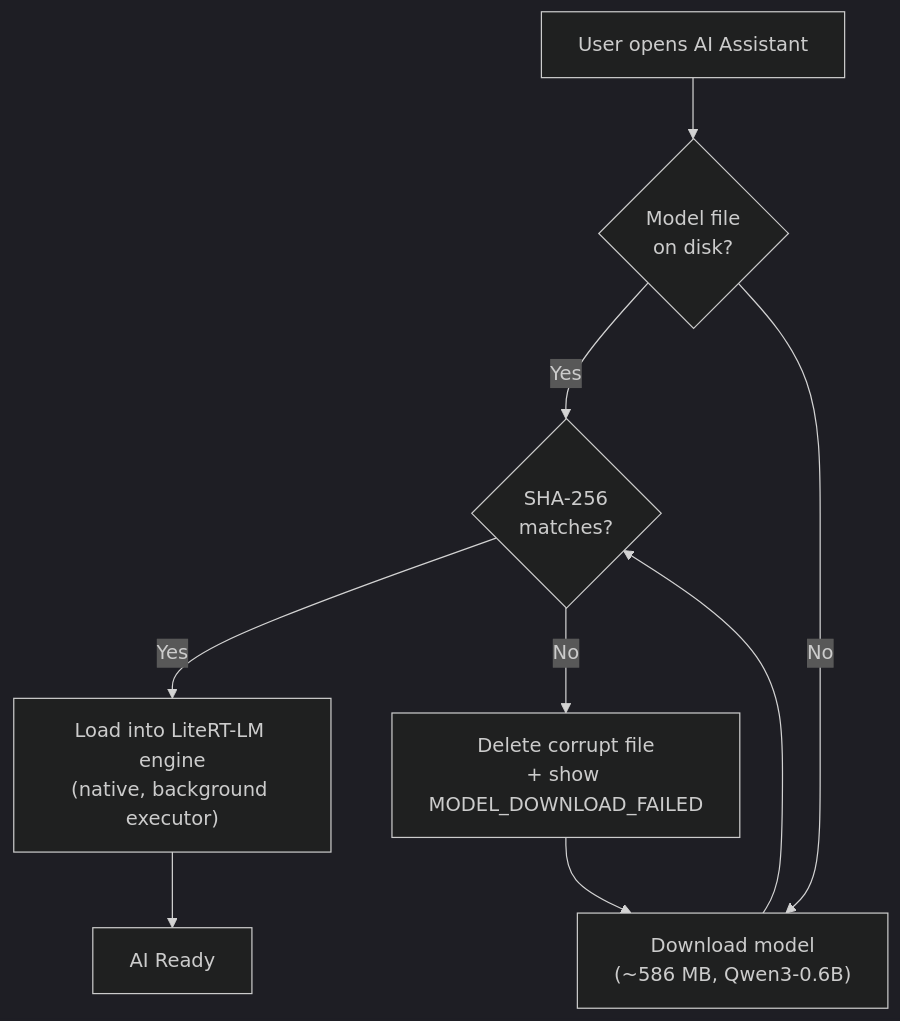
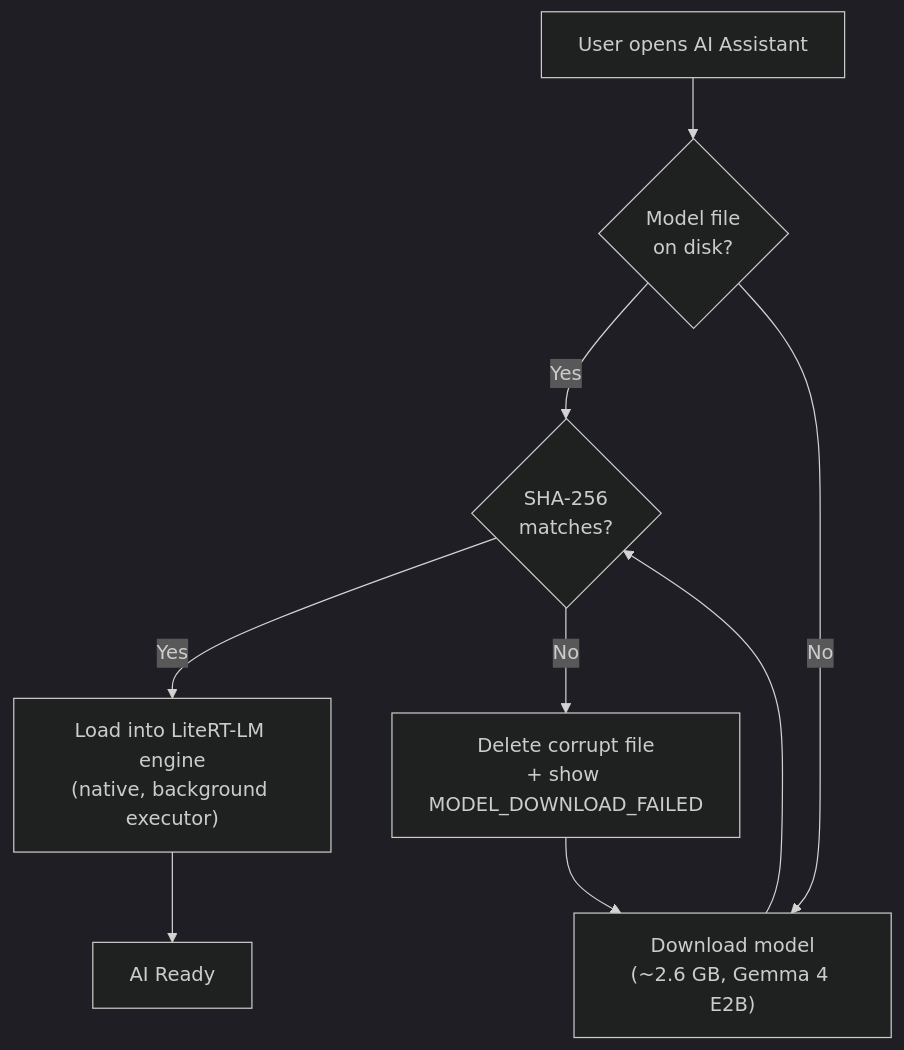
The second of 5 diagrams in docs/architecture/05-ai-assistant-module.md (omanandswami2005/project-kagazzz), drawn with Mermaid (dark theme) before and after one commit. The commit also changed other lines of this file and 4 other files, not shown here.

First line of the commit message:
feat(ai-assistant): Gemma 4 E2B is the only on-device model; Qwen removed

````diff
--- a/docs/architecture/05-ai-assistant-module.md
+++ b/docs/architecture/05-ai-assistant-module.md
@@ -189,19 +189,19 @@
 ```mermaid
 flowchart TD
     START["User opens AI Assistant"]
     CHECK{"Model file<br/>on disk?"}
     VERIFY{"SHA-256<br/>matches?"}
     LOAD["Load into LiteRT-LM engine<br/>(native, background executor)"]
-    DOWNLOAD["Download model<br/>(~586 MB, Qwen3-0.6B)"]
+    DOWNLOAD["Download model<br/>(~2.6 GB, Gemma 4 E2B)"]
     DELETE["Delete corrupt file<br/>+ show MODEL_DOWNLOAD_FAILED"]
     READY["AI Ready"]
 
     START --> CHECK
     CHECK -->|Yes| VERIFY
     CHECK -->|No| DOWNLOAD
     DOWNLOAD --> VERIFY
     VERIFY -->|Yes| LOAD
     VERIFY -->|No| DELETE
     DELETE --> DOWNLOAD
     LOAD --> READY
 ```
````
